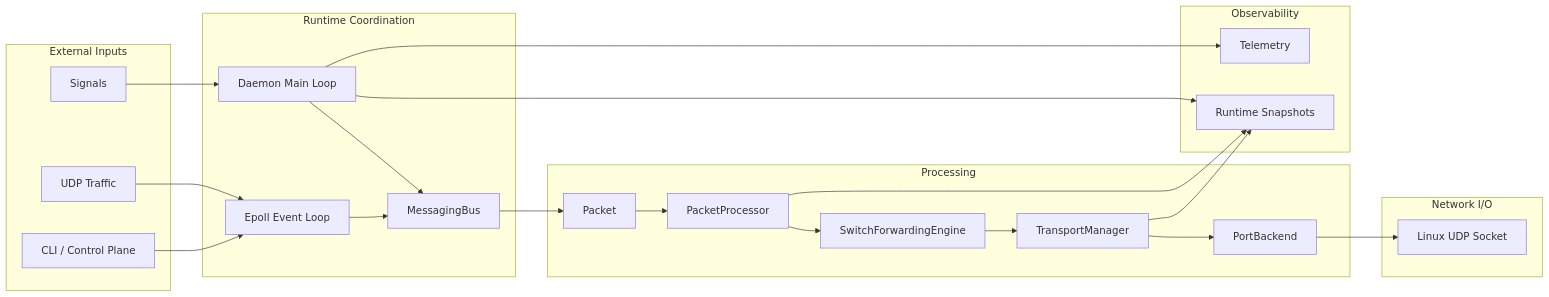
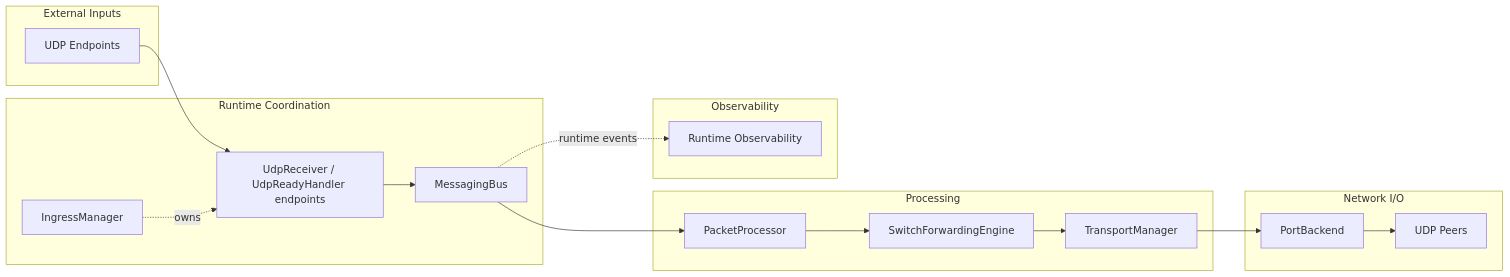
One commit to togunchan/EdgeNetSwitch changed the diagram in README.md. Above: the diagram before and after it, drawn with Mermaid. The commit also changed other lines of this file, not shown here.

Commit message:
docs: document v1.9.6 multi-endpoint runtime architecture

````diff
--- a/README.md
+++ b/README.md
@@ -57,47 +61,37 @@
 ```mermaid
 flowchart LR
     subgraph Inputs["External Inputs"]
-        UdpTraffic["UDP Traffic"]
-        ControlInput["CLI / Control Plane"]
-        Signals["Signals"]
+        UdpEndpoints["UDP Endpoints"]
     end
 
     subgraph Coordination["Runtime Coordination"]
-        MainLoop["Daemon Main Loop"]
-        EpollLoop["Epoll Event Loop"]
+        IngressManager["IngressManager"]
+        IngressEndpoints["UdpReceiver / UdpReadyHandler endpoints"]
         Bus["MessagingBus"]
     end
 
     subgraph Processing["Processing"]
-        Packet["Packet"]
         PacketProcessor["PacketProcessor"]
         SwitchForwardingEngine["SwitchForwardingEngine"]
         TransportManager["TransportManager"]
-        PortBackend["PortBackend"]
     end
 
     subgraph Network["Network I/O"]
-        UdpSocket["Linux UDP Socket"]
+        PortBackend["PortBackend"]
+        UdpPeers["UDP Peers"]
     end
 
     subgraph Observability["Observability"]
-        Telemetry["Telemetry"]
-        Snapshots["Runtime Snapshots"]
+        RuntimeObservability["Runtime Observability"]
     end
 
-    UdpTraffic --> EpollLoop
-    ControlInput --> EpollLoop
-    Signals --> MainLoop
-    MainLoop --> Bus
-    EpollLoop --> Bus
-    Bus --> Packet
-    Packet --> PacketProcessor
+    UdpEndpoints --> IngressEndpoints
+    IngressManager -. owns .-> IngressEndpoints
+    IngressEndpoints --> Bus
+    Bus --> PacketProcessor
     PacketProcessor --> SwitchForwardingEngine
     SwitchForwardingEngine --> TransportManager
     TransportManager --> PortBackend
-    PortBackend --> UdpSocket
-    MainLoop --> Telemetry
-    MainLoop --> Snapshots
-    PacketProcessor --> Snapshots
-    TransportManager --> Snapshots
+    PortBackend --> UdpPeers
+    Bus -. runtime events .-> RuntimeObservability
 ```
````
